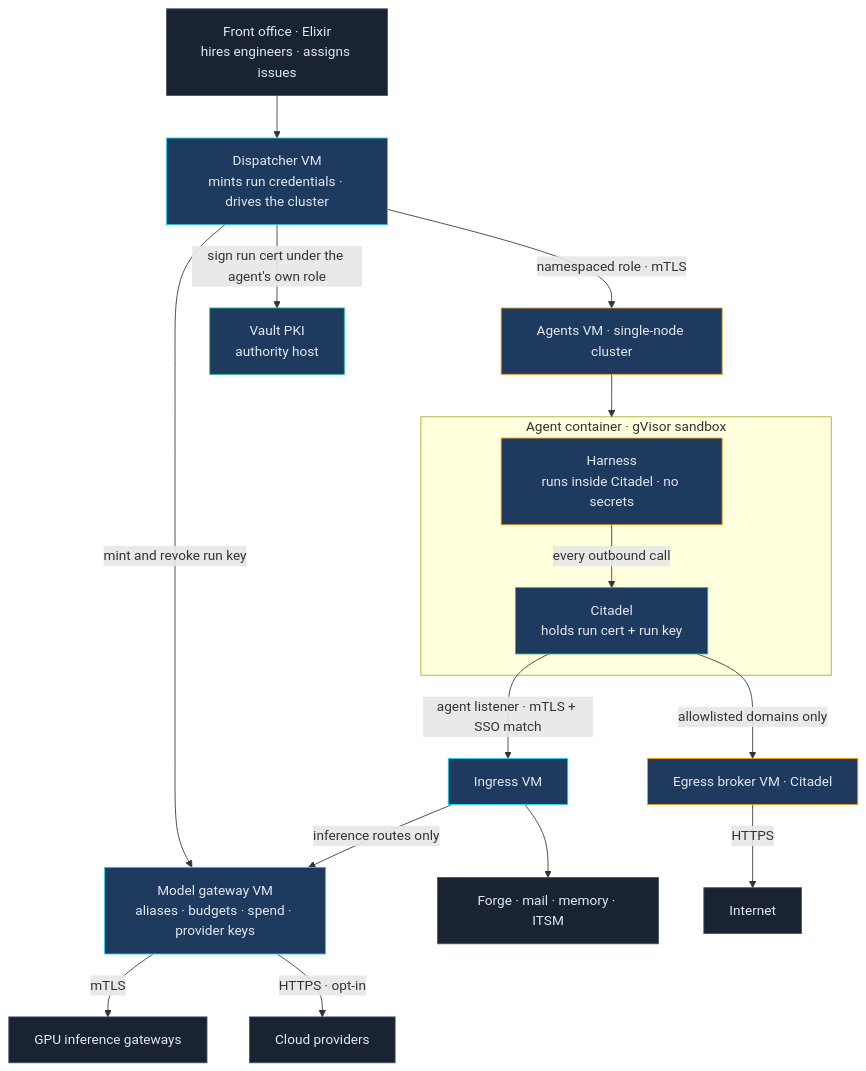
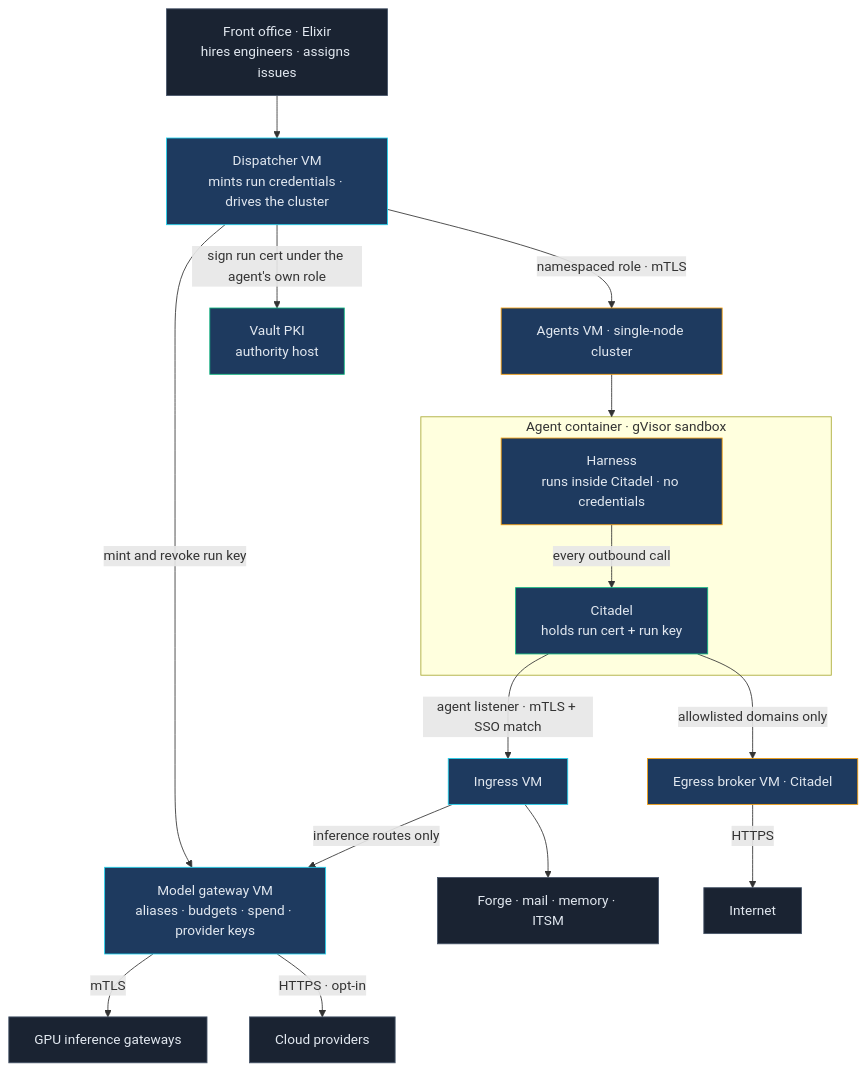
The first of 2 diagrams in src/musings/devlocal-agents-as-tenants.md (beardedeagle/beardedeagle.github.io), drawn with Mermaid before and after one commit. The commit also changed other lines of this file and 3 other files, not shown here.

```diff
--- a/src/musings/devlocal-agents-as-tenants.md
+++ b/src/musings/devlocal-agents-as-tenants.md
@@ -38,31 +38,31 @@
 {% mermaid %}
 flowchart TB
     ME["Front office · Elixir<br/>hires engineers · assigns issues"] --> DSP["Dispatcher VM<br/>mints run credentials · drives the cluster"]
     DSP -->|"namespaced role · mTLS"| K8S["Agents VM · single-node cluster"]
     DSP -->|"sign run cert under the agent's own role"| VLT["Vault PKI<br/>authority host"]
     DSP -->|"mint and revoke run key"| GW["Model gateway VM<br/>aliases · budgets · spend · provider keys"]
     subgraph POD["Agent container · gVisor sandbox"]
-        H["Harness<br/>runs inside Citadel · no secrets"] -->|"every outbound call"| CIT["Citadel<br/>holds run cert + run key"]
+        H["Harness<br/>runs inside Citadel · no credentials"] -->|"every outbound call"| CIT["Citadel<br/>holds run cert + run key"]
     end
     K8S --> POD
     CIT -->|"agent listener · mTLS + SSO match"| ING["Ingress VM"]
     ING -->|"inference routes only"| GW
     ING --> SVC["Forge · mail · memory · ITSM"]
     CIT -->|"allowlisted domains only"| BRK["Egress broker VM · Citadel"]
     BRK -->|"HTTPS"| NET["Internet"]
     GW -->|"mTLS"| GPU["GPU inference gateways"]
     GW -->|"HTTPS · opt-in"| CLOUD["Cloud providers"]
     style ME fill:#1a2332,stroke:#475569,color:#e2e8f0
     style DSP fill:#1e3a5f,stroke:#22d3ee,color:#e2e8f0
     style K8S fill:#1e3a5f,stroke:#f59e0b,color:#e2e8f0
     style VLT fill:#1e3a5f,stroke:#10b981,color:#e2e8f0
     style GW fill:#1e3a5f,stroke:#22d3ee,color:#e2e8f0
     style H fill:#1e3a5f,stroke:#f59e0b,color:#e2e8f0
     style CIT fill:#1e3a5f,stroke:#10b981,color:#e2e8f0
     style ING fill:#1e3a5f,stroke:#22d3ee,color:#e2e8f0
     style SVC fill:#1a2332,stroke:#475569,color:#e2e8f0
     style BRK fill:#1e3a5f,stroke:#f59e0b,color:#e2e8f0
     style NET fill:#1a2332,stroke:#475569,color:#e2e8f0
     style GPU fill:#1a2332,stroke:#475569,color:#e2e8f0
     style CLOUD fill:#1a2332,stroke:#475569,color:#e2e8f0
 {% endmermaid %}
```
